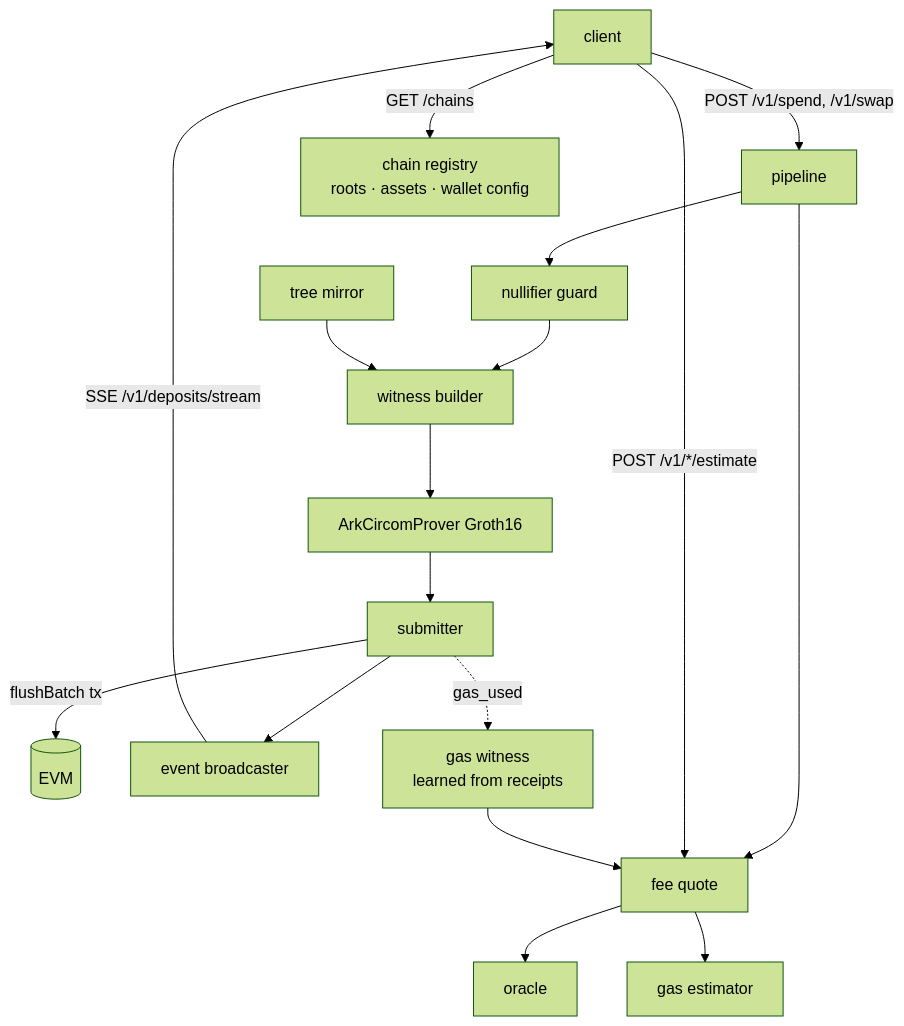
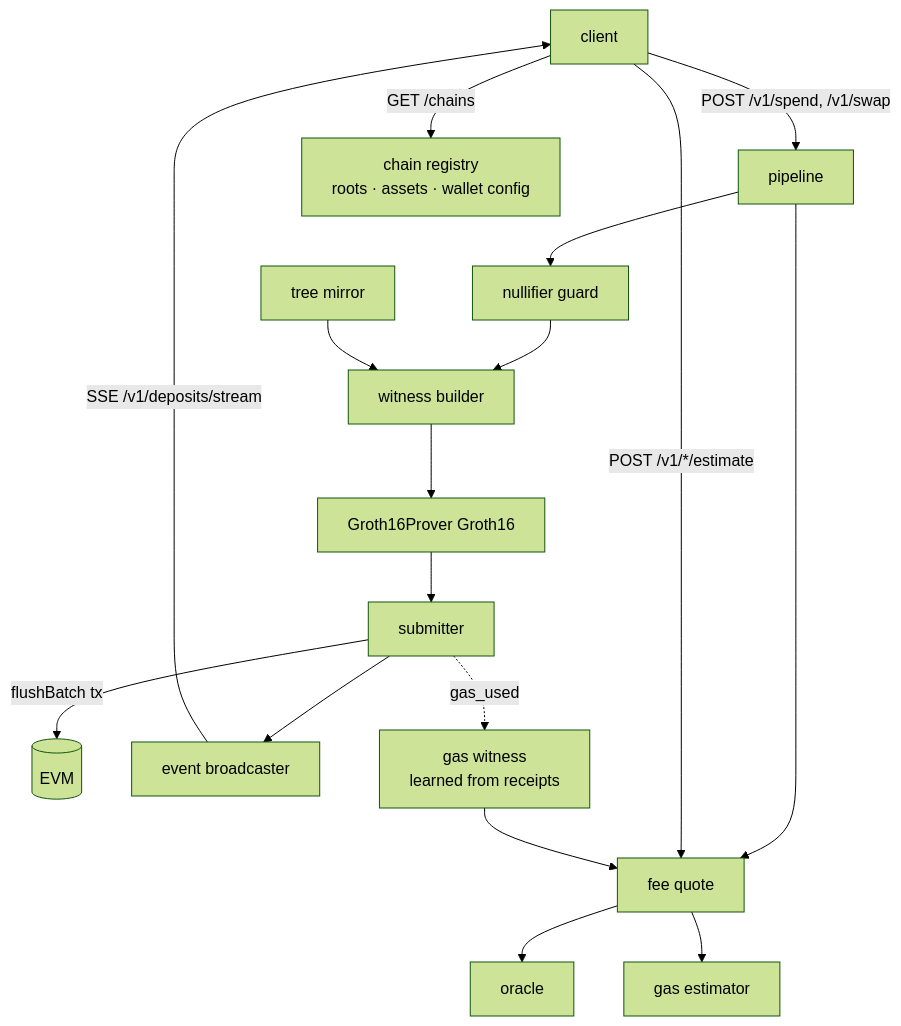
Before and after one commit to lelantos-org/backend: the fifth of 8 diagrams in README.md, drawn with Mermaid (forest theme). The commit also changed 41 other files, not shown here.

````diff
--- a/README.md
+++ b/README.md
@@ -140,18 +140,18 @@
 ```mermaid
 flowchart TD
   CL[client] -->|POST /v1/spend, /v1/swap| PIPE[pipeline]
   CL -->|GET /chains| REG[chain registry<br/>roots · assets · wallet config]
   PIPE --> NG[nullifier guard]
   NG --> W[witness builder]
   MIR[tree mirror] --> W
-  W --> PR[ArkCircomProver Groth16]
+  W --> PR[Groth16Prover Groth16]
   PR --> SUB[submitter]
   SUB -->|flushBatch tx| EVM[(EVM)]
   PIPE --> FQ[fee quote]
   FQ --> OR[oracle] & GE[gas estimator]
   SUB --> EV[event broadcaster]
   EV -->|SSE /v1/deposits/stream| CL
   CL -->|POST /v1/*/estimate| FQ
   GW[gas witness<br/>learned from receipts] --> FQ
   SUB -.gas_used.-> GW
 ```
````
